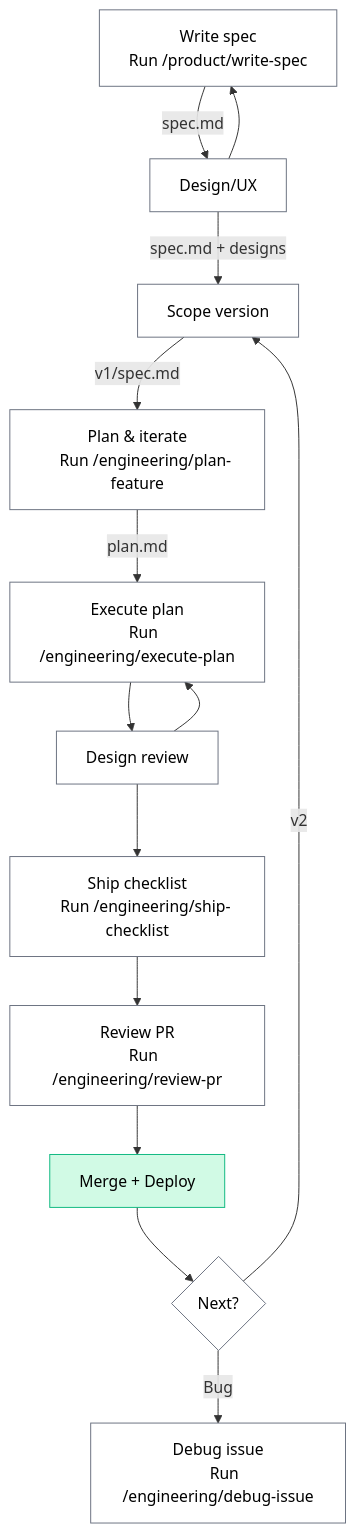
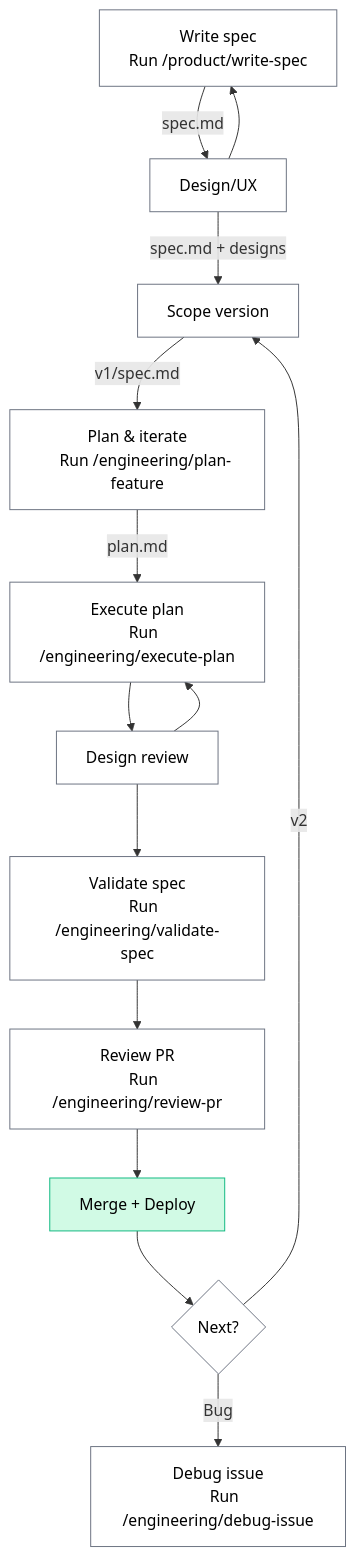
The second of 2 diagrams in README.md (DalgoT4D/dalgo-core), drawn with Mermaid before and after one commit. The commit also changed other lines of this file and 3 other files, not shown here.

````diff
--- a/README.md
+++ b/README.md
@@ -87,34 +87,34 @@
 ```mermaid
 flowchart TD
     A["Write spec
     Run /product/write-spec"] --> |"spec.md"| DR["Design/UX"]
     DR --> |"spec.md + designs"| C["Scope version"]
     DR --> A
     C --> |"v1/spec.md"| D["Plan & iterate
     Run /engineering/plan-feature"]
     D --> |"plan.md"| F["Execute plan
     Run /engineering/execute-plan"]
     F --> DR2["Design review"]
-    DR2 --> G["Ship checklist
-    Run /engineering/ship-checklist"]
+    DR2 --> G["Validate spec
+    Run /engineering/validate-spec"]
     DR2 --> F
     G --> H["Review PR
     Run /engineering/review-pr"]
     H --> I["Merge + Deploy"]
     I --> J{Next?}
     J --> |Bug| K["Debug issue
     Run /engineering/debug-issue"]
     J --> |v2| C
 
     style A fill:#fff,stroke:#6b7280,color:#000
     style DR fill:#fff,stroke:#6b7280,color:#000
     style C fill:#fff,stroke:#6b7280,color:#000
     style D fill:#fff,stroke:#6b7280,color:#000
     style F fill:#fff,stroke:#6b7280,color:#000
     style DR2 fill:#fff,stroke:#6b7280,color:#000
     style G fill:#fff,stroke:#6b7280,color:#000
     style H fill:#fff,stroke:#6b7280,color:#000
     style I fill:#d1fae5,stroke:#10b981,color:#000
     style J fill:#fff,stroke:#6b7280,color:#000
     style K fill:#fff,stroke:#6b7280,color:#000
 ```
````
